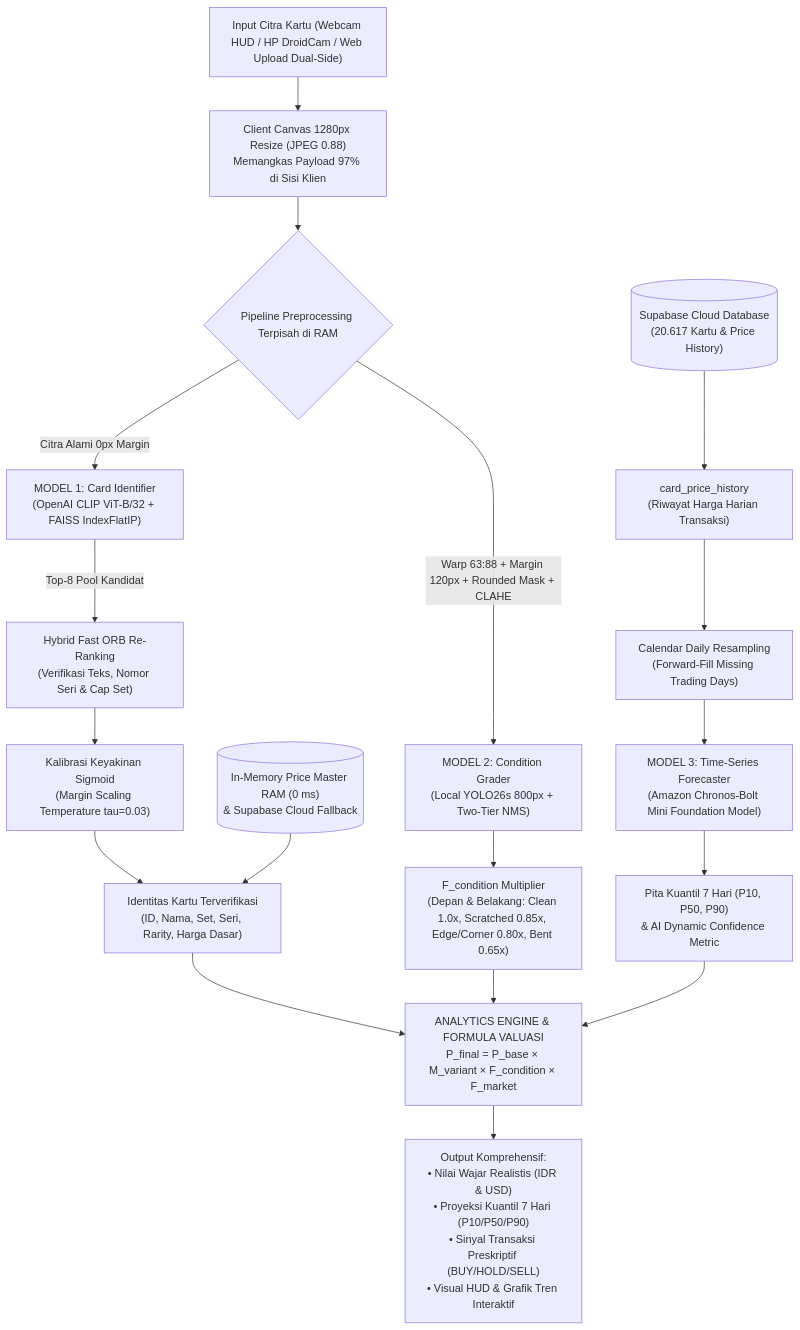
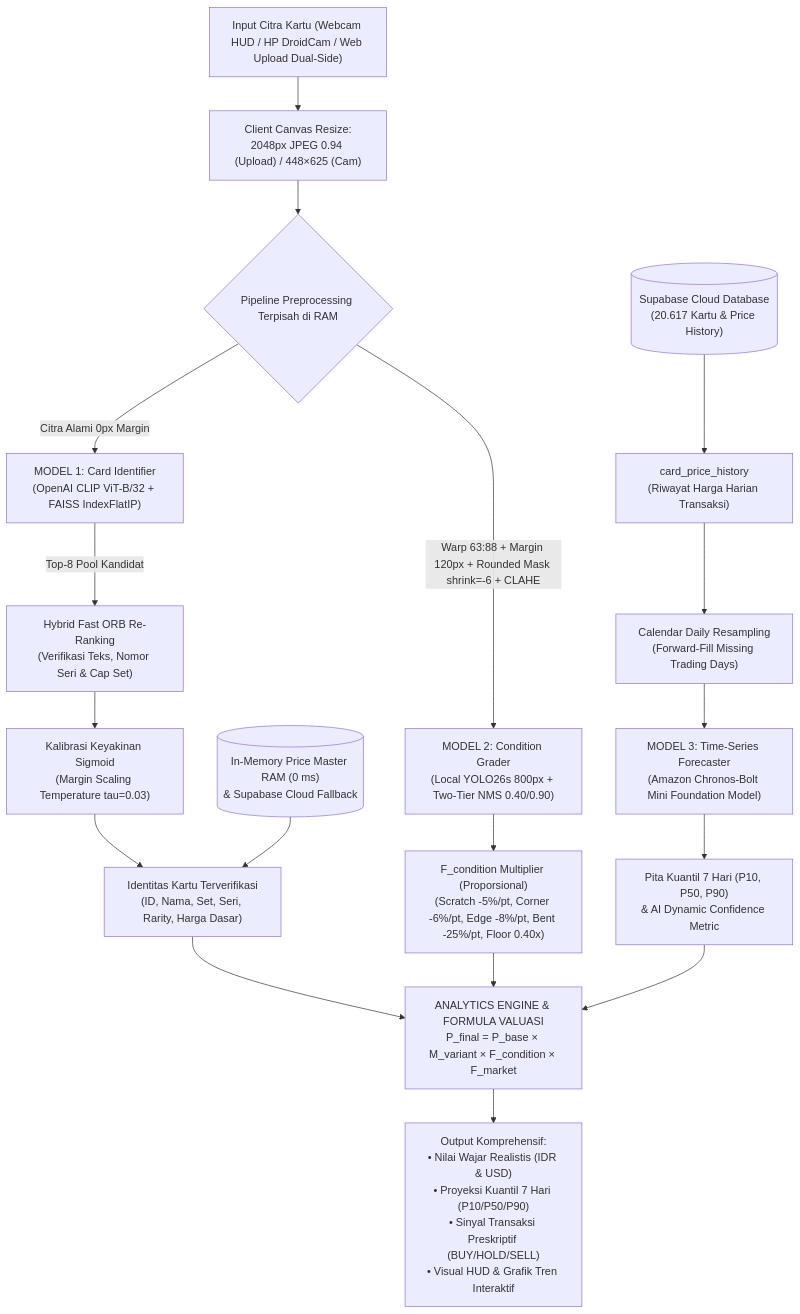
The diagram in README.md (Bejochan/pokemon-card-value-analytic-tool), drawn with Mermaid before and after one commit. The commit also changed other lines of this file and 6 other files, not shown here.

````diff
--- a/README.md
+++ b/README.md
@@ -33,28 +33,28 @@
 ```mermaid
 graph TD
-    Input["Input Citra Kartu (Webcam HUD / HP DroidCam / Web Upload Dual-Side)"] --> CanvasResize["Client Canvas 1280px Resize (JPEG 0.88)<br/>Memangkas Payload 97% di Sisi Klien"]
+    Input["Input Citra Kartu (Webcam HUD / HP DroidCam / Web Upload Dual-Side)"] --> CanvasResize["Client Canvas Resize:<br/>2048px JPEG 0.94 (Upload) / 448×625 (Cam)"]
     
     CanvasResize --> Split{"Pipeline Preprocessing Terpisah di RAM"}
     
     Split -->|Citra Alami 0px Margin| M1["MODEL 1: Card Identifier<br/>(OpenAI CLIP ViT-B/32 + FAISS IndexFlatIP)"]
-    Split -->|Warp 63:88 + Margin 120px + Rounded Mask + CLAHE| M2["MODEL 2: Condition Grader<br/>(Local YOLO26s 800px + Two-Tier NMS)"]
+    Split -->|Warp 63:88 + Margin 120px + Rounded Mask shrink=-6 + CLAHE| M2["MODEL 2: Condition Grader<br/>(Local YOLO26s 800px + Two-Tier NMS 0.40/0.90)"]
     
     M1 -->|Top-8 Pool Kandidat| ORB["Hybrid Fast ORB Re-Ranking<br/>(Verifikasi Teks, Nomor Seri & Cap Set)"]
     ORB --> Sigmoid["Kalibrasi Keyakinan Sigmoid<br/>(Margin Scaling Temperature tau=0.03)"]
     Sigmoid --> CardID["Identitas Kartu Terverifikasi<br/>(ID, Nama, Set, Seri, Rarity, Harga Dasar)"]
     
-    M2 --> ConditionScore["F_condition Multiplier<br/>(Depan & Belakang: Clean 1.0x, Scratched 0.85x, Edge/Corner 0.80x, Bent 0.65x)"]
+    M2 --> ConditionScore["F_condition Multiplier (Proporsional)<br/>(Scratch -5%/pt, Corner -6%/pt, Edge -8%/pt, Bent -25%/pt, Floor 0.40x)"]
     
     MemoryCache[("In-Memory Price Master RAM (0 ms)<br/>& Supabase Cloud Fallback")] --> CardID
     Supabase[("Supabase Cloud Database<br/>(20.617 Kartu & Price History)")] --> Hist["card_price_history<br/>(Riwayat Harga Harian Transaksi)"]
     
     Hist --> Resample["Calendar Daily Resampling<br/>(Forward-Fill Missing Trading Days)"]
     Resample --> M3["MODEL 3: Time-Series Forecaster<br/>(Amazon Chronos-Bolt Mini Foundation Model)"]
     M3 --> Forecast["Pita Kuantil 7 Hari (P10, P50, P90)<br/>& AI Dynamic Confidence Metric"]
     
     CardID --> Valuation["ANALYTICS ENGINE & FORMULA VALUASI<br/>P_final = P_base × M_variant × F_condition × F_market"]
     ConditionScore --> Valuation
     Forecast --> Valuation
     
     Valuation --> Output["Output Komprehensif:<br/>• Nilai Wajar Realistis (IDR & USD)<br/>• Proyeksi Kuantil 7 Hari (P10/P50/P90)<br/>• Sinyal Transaksi Preskriptif (BUY/HOLD/SELL)<br/>• Visual HUD & Grafik Tren Interaktif"]
 ```
````
